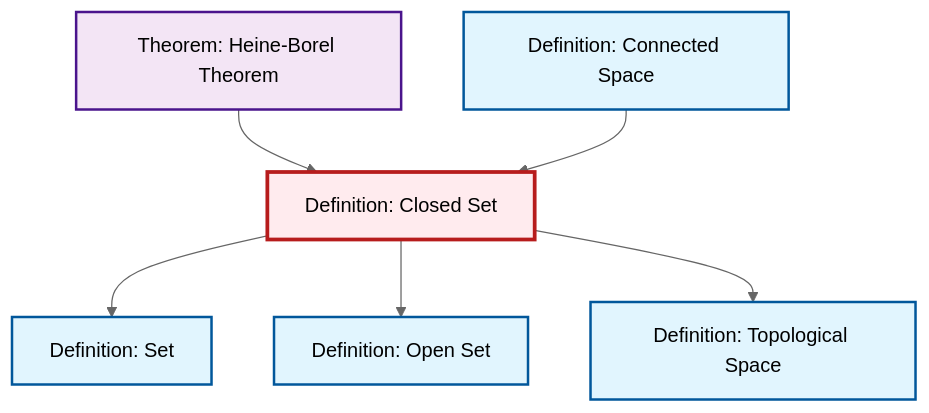
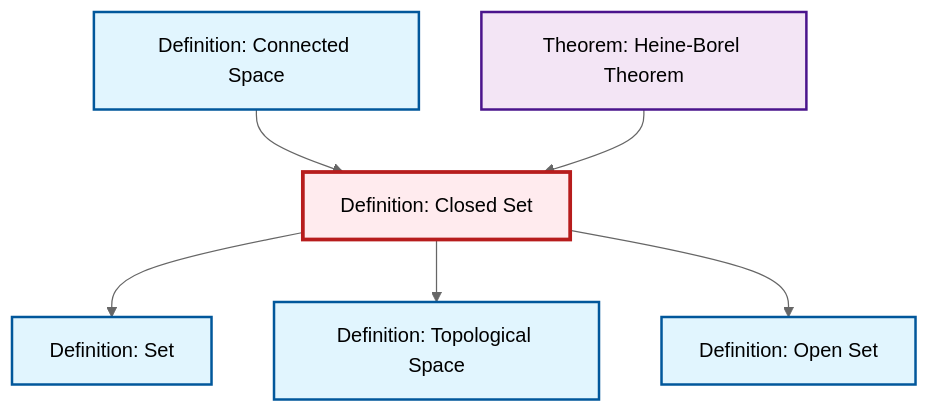
One commit to RK0429/ModernMath changed the diagram in content/ja/topology/def-closed-set.qmd. Above: the diagram before and after it, drawn with Mermaid (neutral theme). The commit also changed other lines of this file and 654 other files, not shown here.

````diff
--- a/content/ja/topology/def-closed-set.qmd
+++ b/content/ja/topology/def-closed-set.qmd
@@ -45,26 +45,26 @@
 ```{mermaid}
 %%| fig-cap: "Local dependency graph"
 graph TD
     classDef definition fill:#e1f5fe,stroke:#01579b,stroke-width:2px
     classDef theorem fill:#f3e5f5,stroke:#4a148c,stroke-width:2px
     classDef axiom fill:#fff3e0,stroke:#e65100,stroke-width:2px
     classDef example fill:#e8f5e9,stroke:#1b5e20,stroke-width:2px
     classDef current fill:#ffebee,stroke:#b71c1c,stroke-width:3px
+    def-set["Definition: Set"]:::definition
+    def-connected["Definition: Connected Space"]:::definition
+    def-open-set["Definition: Open Set"]:::definition
+    def-closed-set["Definition: Closed Set"]:::definition
     thm-heine-borel["Theorem: Heine-Borel Theorem"]:::theorem
     def-topological-space["Definition: Topological Space"]:::definition
-    def-closed-set["Definition: Closed Set"]:::definition
-    def-set["Definition: Set"]:::definition
-    def-open-set["Definition: Open Set"]:::definition
-    def-connected["Definition: Connected Space"]:::definition
+    def-connected --> def-closed-set
     def-closed-set --> def-set
+    def-closed-set --> def-topological-space
+    def-closed-set --> def-open-set
     thm-heine-borel --> def-closed-set
-    def-connected --> def-closed-set
-    def-closed-set --> def-open-set
-    def-closed-set --> def-topological-space
     class def-closed-set current
+    click def-set "def-set.html" "Definition: Setへ"
+    click def-connected "def-connected.html" "Definition: Connected Spaceへ"
+    click def-open-set "def-open-set.html" "Definition: Open Setへ"
     click thm-heine-borel "thm-heine-borel.html" "Theorem: Heine-Borel Theoremへ"
     click def-topological-space "def-topological-space.html" "Definition: Topological Spaceへ"
-    click def-set "def-set.html" "Definition: Setへ"
-    click def-open-set "def-open-set.html" "Definition: Open Setへ"
-    click def-connected "def-connected.html" "Definition: Connected Spaceへ"
 ```
````
